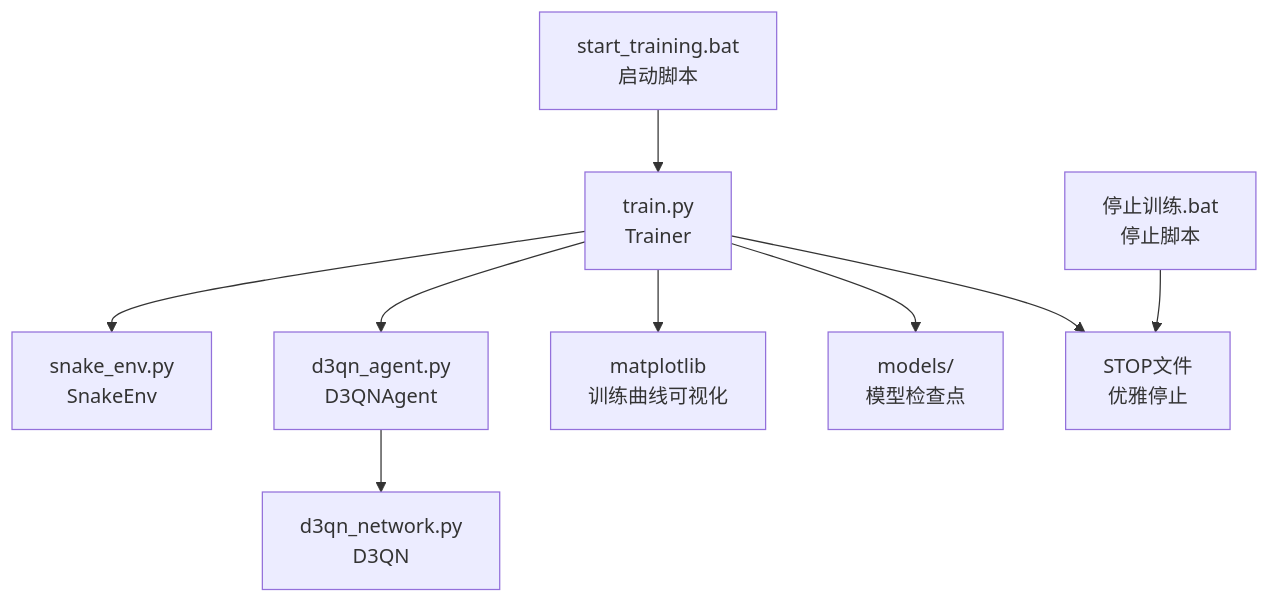
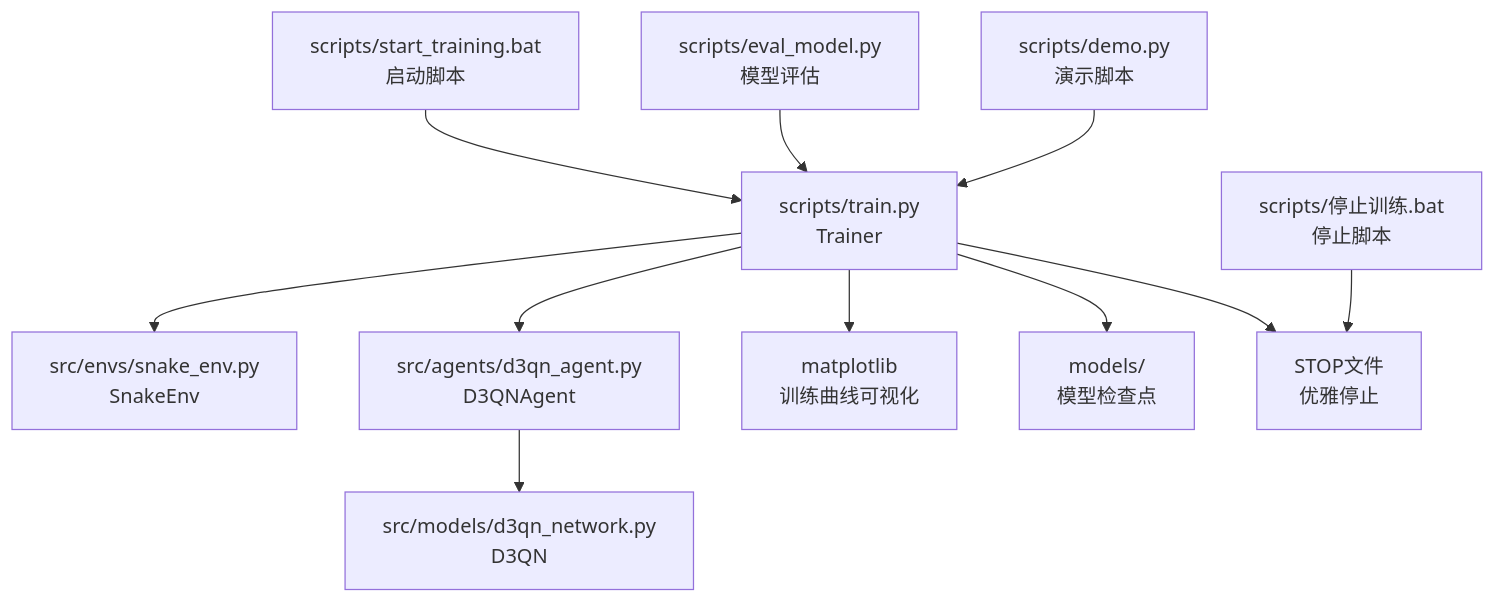
One commit to fuweiq94-cloud/3399180760000 changed the first of 8 diagrams in .qoder/repowiki/zh/content/训练系统.md. Above: the diagram before and after it, drawn with Mermaid. The commit also changed other lines of this file and 75 other files, not shown here.

````diff
--- a/.qoder/repowiki/zh/content/训练系统.md
+++ b/.qoder/repowiki/zh/content/训练系统.md
@@ -57,11 +57,13 @@
 ```mermaid
 graph TB
-A["train.py<br/>Trainer"] --> B["snake_env.py<br/>SnakeEnv"]
-A --> C["d3qn_agent.py<br/>D3QNAgent"]
-C --> D["d3qn_network.py<br/>D3QN"]
+A["scripts/train.py<br/>Trainer"] --> B["src/envs/snake_env.py<br/>SnakeEnv"]
+A --> C["src/agents/d3qn_agent.py<br/>D3QNAgent"]
+C --> D["src/models/d3qn_network.py<br/>D3QN"]
 A --> E["matplotlib<br/>训练曲线可视化"]
 A --> F["models/<br/>模型检查点"]
-G["start_training.bat<br/>启动脚本"] --> A
-H["停止训练.bat<br/>停止脚本"] --> I["STOP文件<br/>优雅停止"]
+G["scripts/start_training.bat<br/>启动脚本"] --> A
+H["scripts/停止训练.bat<br/>停止脚本"] --> I["STOP文件<br/>优雅停止"]
 A --> I
+J["scripts/eval_model.py<br/>模型评估"] --> A
+K["scripts/demo.py<br/>演示脚本"] --> A
 ```
````
